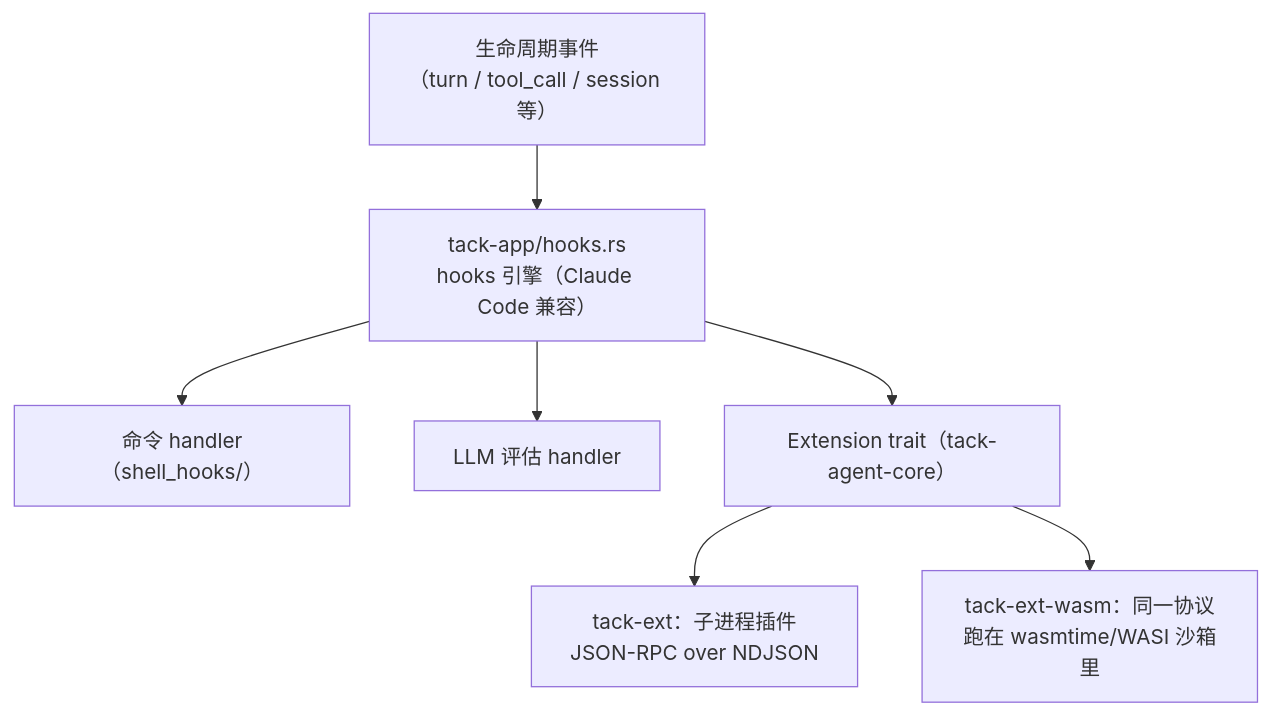
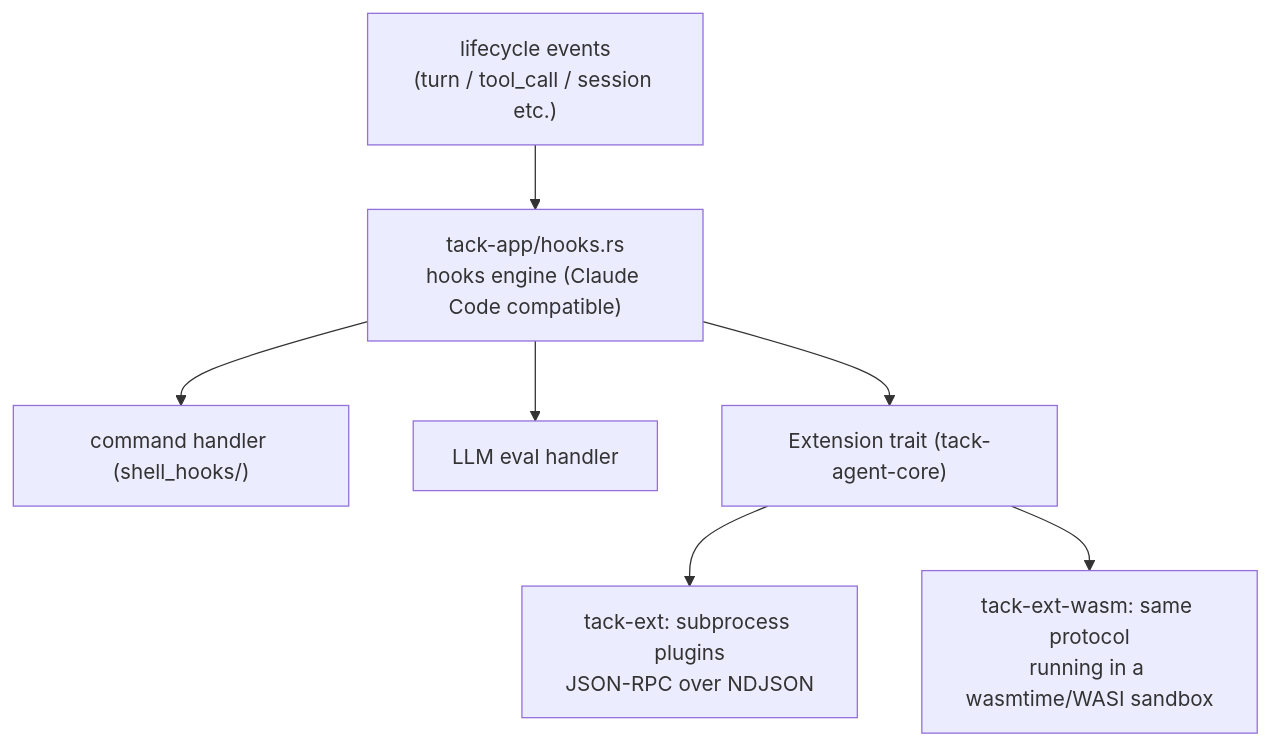
One commit to Tack-AI/tack changed the fifth of 5 diagrams in docs/onboarding.md. Above: the diagram before and after it, drawn with Mermaid. The commit also changed other lines of this file and 46 other files, not shown here.

````diff
--- a/docs/onboarding.md
+++ b/docs/onboarding.md
@@ -246,9 +248,9 @@
 ```mermaid
 flowchart TD
-    EVT["生命周期事件<br/>（turn / tool_call / session 等）"] --> HENG["tack-app/hooks.rs<br/>hooks 引擎（Claude Code 兼容）"]
-    HENG --> CMD["命令 handler（shell_hooks/）"]
-    HENG --> LLME["LLM 评估 handler"]
-    HENG --> EXTIF["Extension trait（tack-agent-core）"]
-    EXTIF --> PROC["tack-ext：子进程插件<br/>JSON-RPC over NDJSON"]
-    EXTIF --> WASM["tack-ext-wasm：同一协议<br/>跑在 wasmtime/WASI 沙箱里"]
+    EVT["lifecycle events<br/>(turn / tool_call / session etc.)"] --> HENG["tack-app/hooks.rs<br/>hooks engine (Claude Code compatible)"]
+    HENG --> CMD["command handler (shell_hooks/)"]
+    HENG --> LLME["LLM eval handler"]
+    HENG --> EXTIF["Extension trait (tack-agent-core)"]
+    EXTIF --> PROC["tack-ext: subprocess plugins<br/>JSON-RPC over NDJSON"]
+    EXTIF --> WASM["tack-ext-wasm: same protocol<br/>running in a wasmtime/WASI sandbox"]
 ```
````
